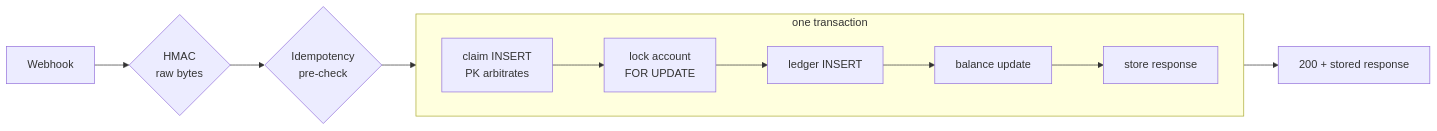
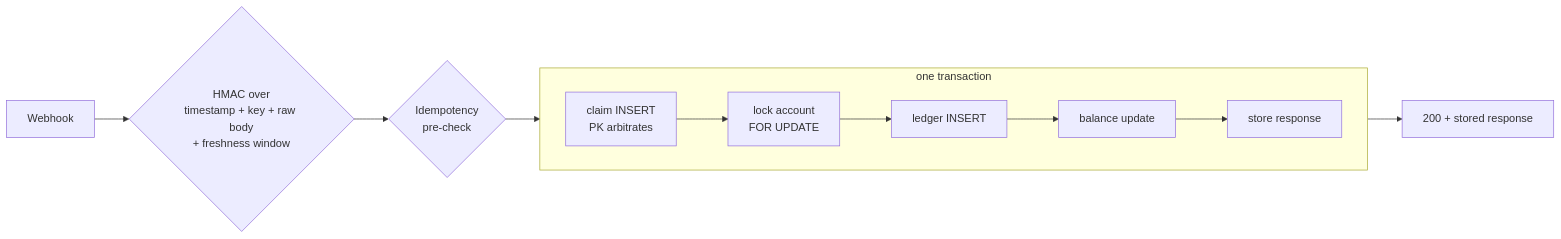
Before and after one commit to atreyamitra/ledger-guard: the diagram in README.md, drawn with Mermaid. The commit also changed other lines of this file and 2 other files, not shown here.

````diff
--- a/README.md
+++ b/README.md
@@ -22,9 +22,9 @@
 ```mermaid
 flowchart LR
-    W[Webhook] --> H{HMAC<br/>raw bytes} --> I{Idempotency<br/>pre-check} --> TX
+    W[Webhook] --> H{HMAC over<br/>timestamp + key + raw body<br/>+ freshness window} --> I{Idempotency<br/>pre-check} --> TX
     subgraph TX [one transaction]
         direction LR
         C[claim INSERT<br/>PK arbitrates] --> L[lock account<br/>FOR UPDATE] --> E[ledger INSERT] --> B[balance update] --> S[store response]
     end
     TX --> R[200 + stored response]
 ```
````
